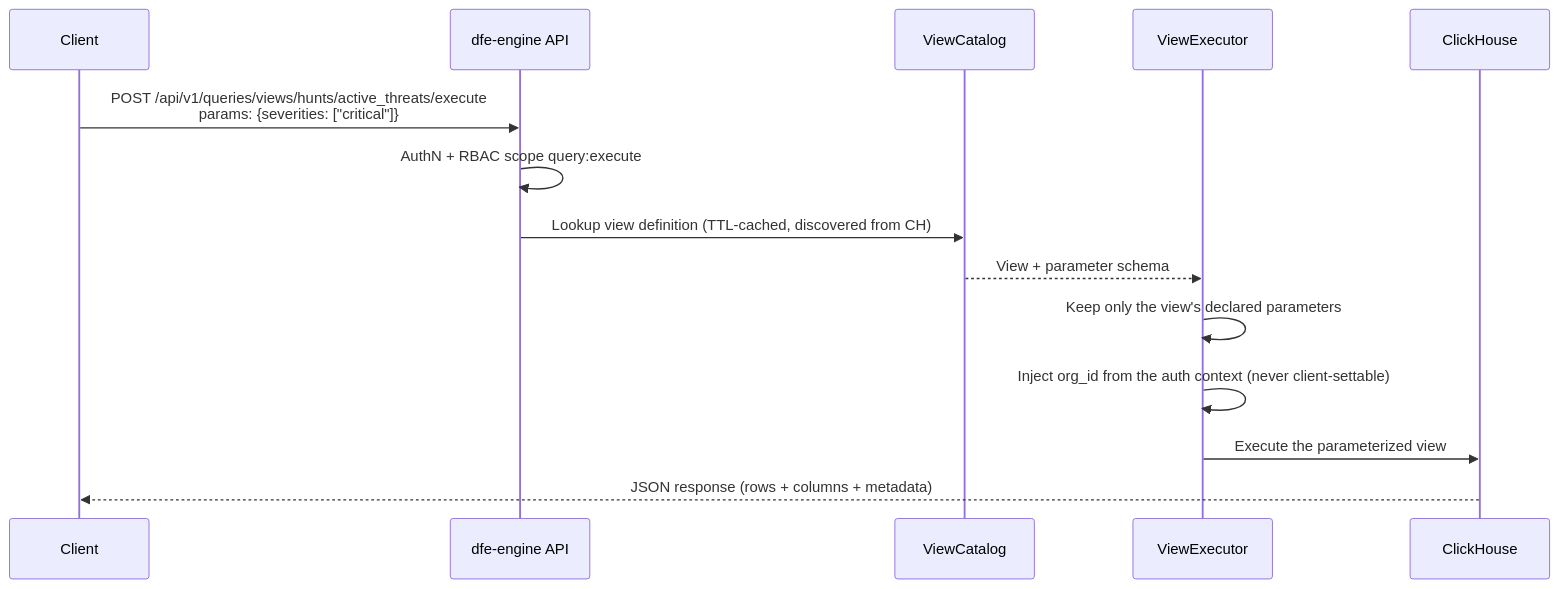
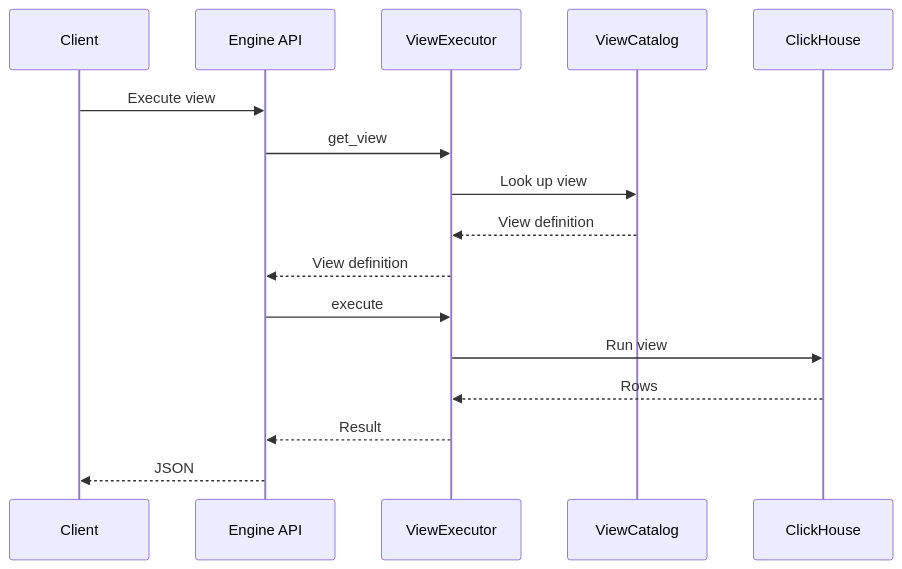
One commit to hyperi-io/dfe-engine changed the first of 4 diagrams in docs/data-plane/query-api.md. Above: the diagram before and after it, drawn with Mermaid. The commit also changed other lines of this file and 71 other files, not shown here.

First line of the commit message:
docs(engine): fix 159 claims and redraw every diagram

````diff
--- a/docs/data-plane/query-api.md
+++ b/docs/data-plane/query-api.md
@@ -30,17 +30,20 @@
 ```mermaid
 sequenceDiagram
-    participant C as Client
-    participant API as dfe-engine API
-    participant CAT as ViewCatalog
-    participant EX as ViewExecutor
-    participant DB as ClickHouse
-
-    C->>API: POST /api/v1/queries/views/hunts/active_threats/execute<br/>params: {severities: ["critical"]}
-    API->>API: AuthN + RBAC scope query:execute
-    API->>CAT: Lookup view definition (TTL-cached, discovered from CH)
-    CAT-->>EX: View + parameter schema
-    EX->>EX: Keep only the view's declared parameters
-    EX->>EX: Inject org_id from the auth context (never client-settable)
-    EX->>DB: Execute the parameterized view
-    DB-->>C: JSON response (rows + columns + metadata)
+    accTitle: L4 Detail -- View execution
+    accDescr: The client posts to a view's execute route. The API asks the executor for the view, which reads it from the catalog. The API then calls execute, and the executor keeps the declared parameters, injects org_id and runs the view on ClickHouse. The rows return to the executor, the result to the API and JSON to the client.
+    participant client as Client
+    participant api as Engine API
+    participant executor as ViewExecutor
+    participant catalog as ViewCatalog
+    participant ch as ClickHouse
+    client->>api: Execute view
+    api->>executor: get_view
+    executor->>catalog: Look up view
+    catalog-->>executor: View definition
+    executor-->>api: View definition
+    api->>executor: execute
+    executor->>ch: Run view
+    ch-->>executor: Rows
+    executor-->>api: Result
+    api-->>client: JSON
 ```
````
